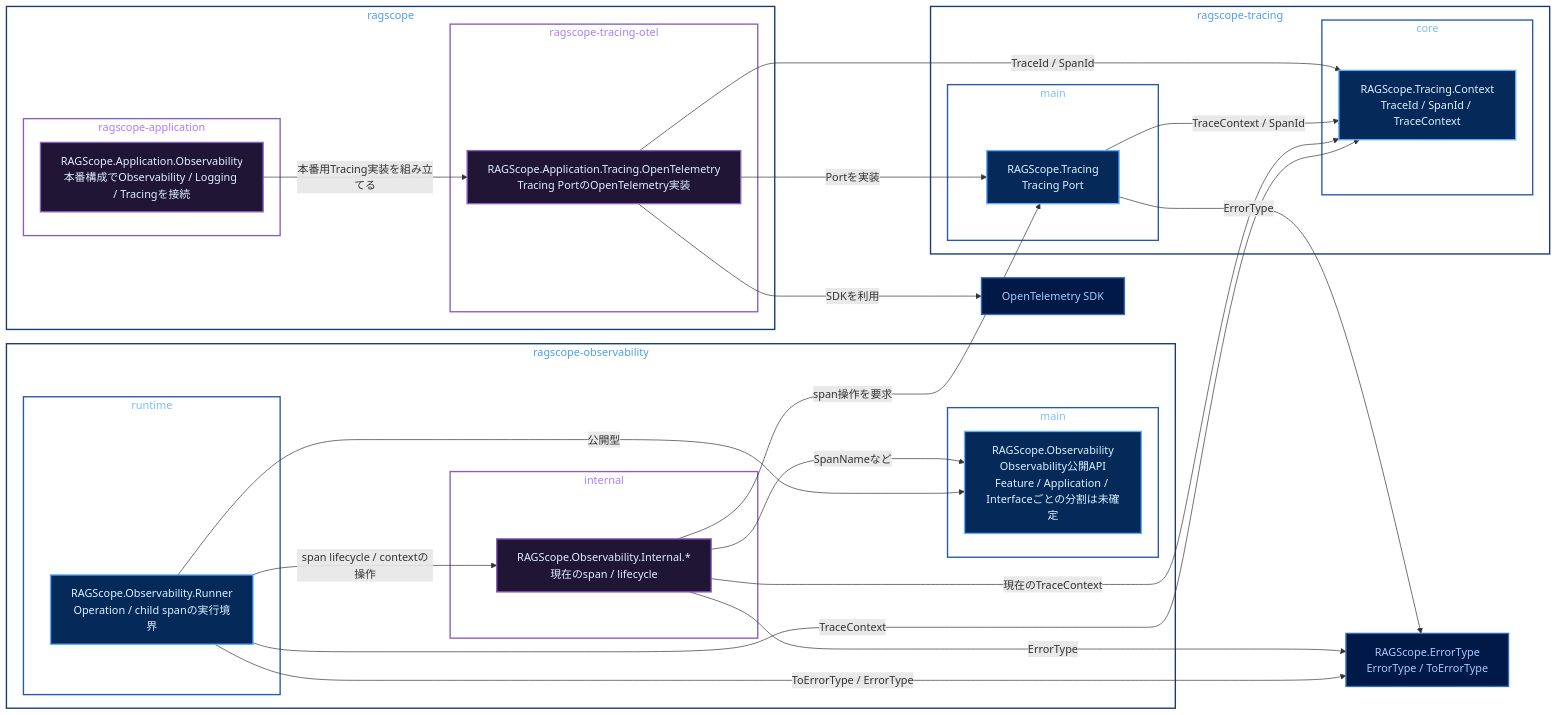
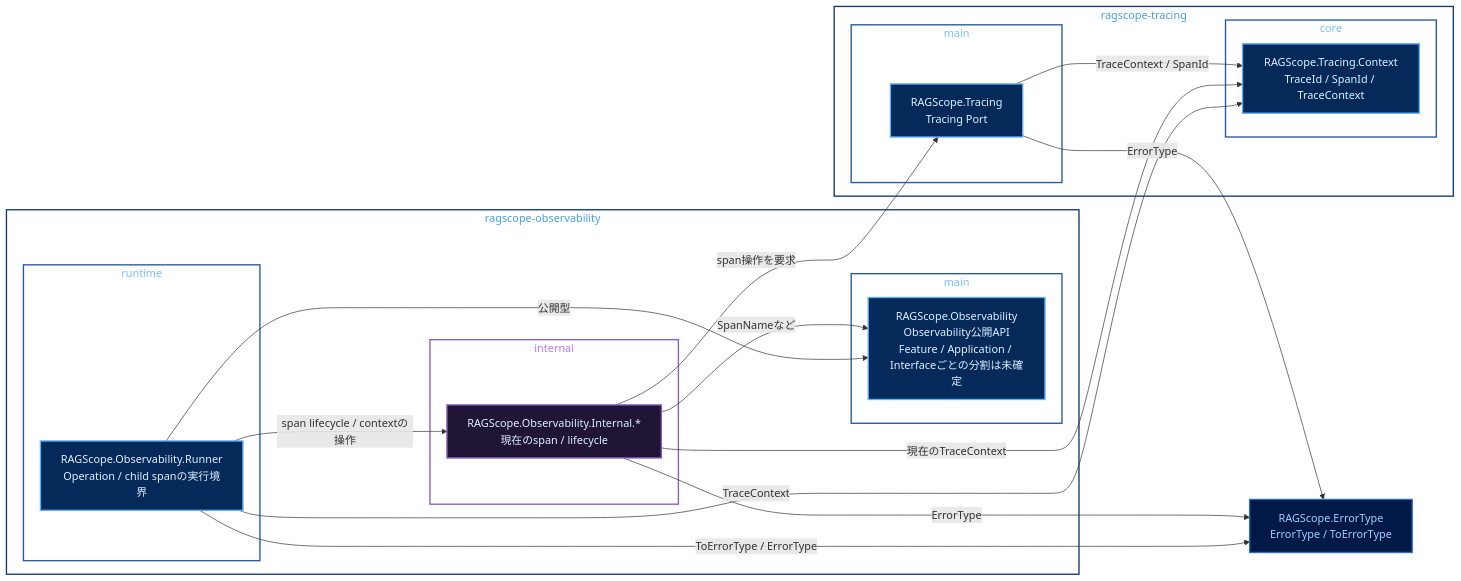
Before and after one commit to takashit16833/Workbench: the diagram in Notes/RAGScope/RAGScopeアプリケーション/実行追跡・構造化ログ静的依存図 Observability・Tracing.md, drawn with Mermaid. The commit also changed other lines of this file and 8 other files, not shown here.

Commit message:
docs: align OpenTelemetry adapter boundaries

````diff
--- a/Notes/RAGScope/RAGScopeアプリケーション/実行追跡・構造化ログ静的依存図 Observability・Tracing.md
+++ b/Notes/RAGScope/RAGScopeアプリケーション/実行追跡・構造化ログ静的依存図 Observability・Tracing.md
@@ -21,72 +21,54 @@
 ```mermaid
 flowchart LR
     subgraph pkg_obs["ragscope-observability"]
         subgraph obs_main_lib["main"]
             obs["RAGScope.Observability<br/>Observability公開API<br/>Feature / Application / Interfaceごとの分割は未確定"]
         end
         subgraph obs_runtime_lib["runtime"]
             runner["RAGScope.Observability.Runner<br/>Operation / child spanの実行境界"]
         end
         subgraph obs_internal_lib["internal"]
             internal["RAGScope.Observability.Internal.*<br/>現在のspan / lifecycle"]
         end
     end
 
     subgraph pkg_tracing["ragscope-tracing"]
         subgraph tracing_main_lib["main"]
             tracing["RAGScope.Tracing<br/>Tracing Port"]
         end
         subgraph tracing_core_lib["core"]
             context["RAGScope.Tracing.Context<br/>TraceId / SpanId / TraceContext"]
         end
     end
 
-    subgraph pkg_ragscope["ragscope"]
-        subgraph app_lib["ragscope-application"]
-            app_obs["RAGScope.Application.Observability<br/>本番構成でObservability / Logging / Tracingを接続"]
-        end
-        subgraph otel_adapter_lib["ragscope-tracing-otel"]
-            otel_adapter["RAGScope.Application.Tracing.OpenTelemetry<br/>Tracing PortのOpenTelemetry実装"]
-        end
-    end
-
     error_type["RAGScope.ErrorType<br/>ErrorType / ToErrorType"]
-    sdk["OpenTelemetry SDK"]
 
     runner -->|span lifecycle / contextの操作| internal
     runner -->|公開型| obs
     runner -->|ToErrorType / ErrorType| error_type
     runner -->|TraceContext| context
 
     internal -->|SpanNameなど| obs
     internal -->|ErrorType| error_type
     internal -->|span操作を要求| tracing
     internal -->|現在のTraceContext| context
 
     tracing -->|ErrorType| error_type
     tracing -->|TraceContext / SpanId| context
 
-    app_obs -->|本番用Tracing実装を組み立てる| otel_adapter
-    otel_adapter -->|Portを実装| tracing
-    otel_adapter -->|TraceId / SpanId| context
-    otel_adapter -->|SDKを利用| sdk
-
     classDef public fill:#052A59,stroke:#5EAFFF,color:#DDF0FF,stroke-width:2px
     classDef private fill:#211536,stroke:#8A5EC0,color:#DDF0FF,stroke-width:2px
     classDef outside fill:#001947,stroke:#316CBD,color:#A6CAFF,stroke-width:2px
 
     class obs,runner,tracing,context public
-    class internal,app_obs,otel_adapter private
-    class error_type,sdk outside
+    class internal private
+    class error_type outside
 
     style pkg_obs fill:transparent,stroke:#153A75,color:#4C9EEB,stroke-width:2px
     style pkg_tracing fill:transparent,stroke:#153A75,color:#4C9EEB,stroke-width:2px
-    style pkg_ragscope fill:transparent,stroke:#153A75,color:#4C9EEB,stroke-width:2px
     style obs_main_lib fill:transparent,stroke:#2759AA,color:#7CBEFF,stroke-width:2px
     style obs_runtime_lib fill:transparent,stroke:#2759AA,color:#7CBEFF,stroke-width:2px
     style obs_internal_lib fill:transparent,stroke:#8A5EC0,color:#B07CFF,stroke-width:2px
     style tracing_main_lib fill:transparent,stroke:#2759AA,color:#7CBEFF,stroke-width:2px
     style tracing_core_lib fill:transparent,stroke:#2759AA,color:#7CBEFF,stroke-width:2px
-    style app_lib fill:transparent,stroke:#8A5EC0,color:#B07CFF,stroke-width:2px
-    style otel_adapter_lib fill:transparent,stroke:#8A5EC0,color:#B07CFF,stroke-width:2px
 ```
````
